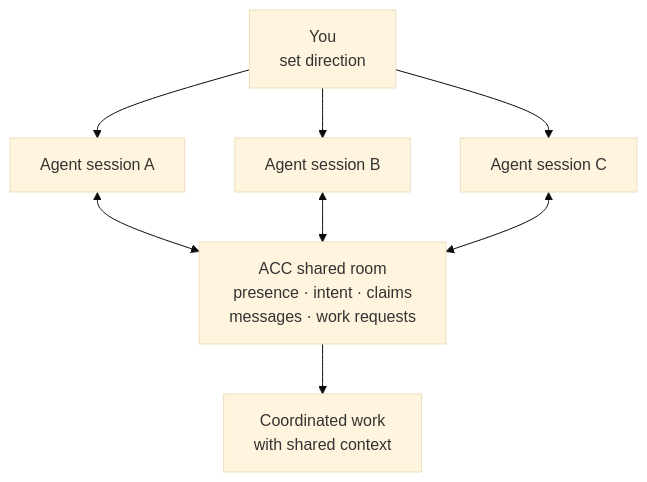
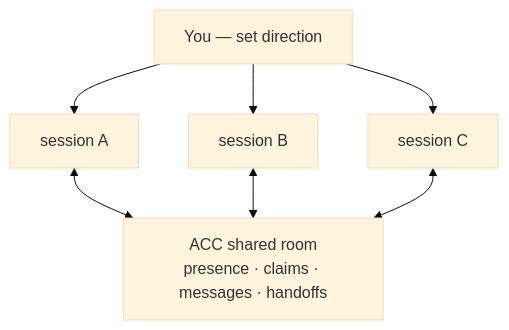
One commit to automatis-tools/agents-can-communicate changed the diagram in README.md. Above: the diagram before and after it, drawn with Mermaid (base theme). The commit also changed other lines of this file, not shown here.

````diff
--- a/README.md
+++ b/README.md
@@ -17,17 +27,14 @@
 ```mermaid
 flowchart TB
-  Y["You<br/>set direction"]
-  A["Agent session A"]
-  B["Agent session B"]
-  C["Agent session C"]
-  R["ACC shared room<br/>presence · intent · claims<br/>messages · work requests"]
-  O["Coordinated work<br/>with shared context"]
-
+  Y["You — set direction"]
+  A["session A"]
+  B["session B"]
+  C["session C"]
+  R["ACC shared room<br/>presence · claims · messages · handoffs"]
   Y --> A
   Y --> B
   Y --> C
   A <--> R
   B <--> R
   C <--> R
-  R --> O
 ```
````
